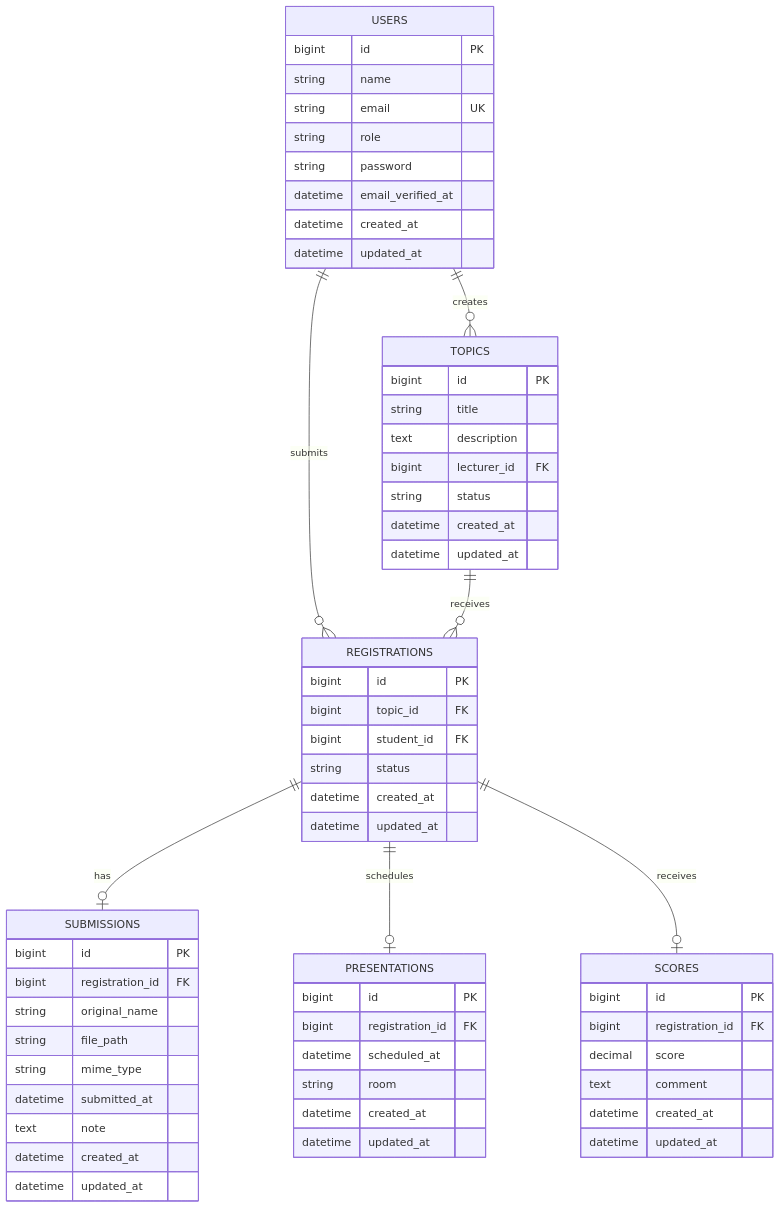
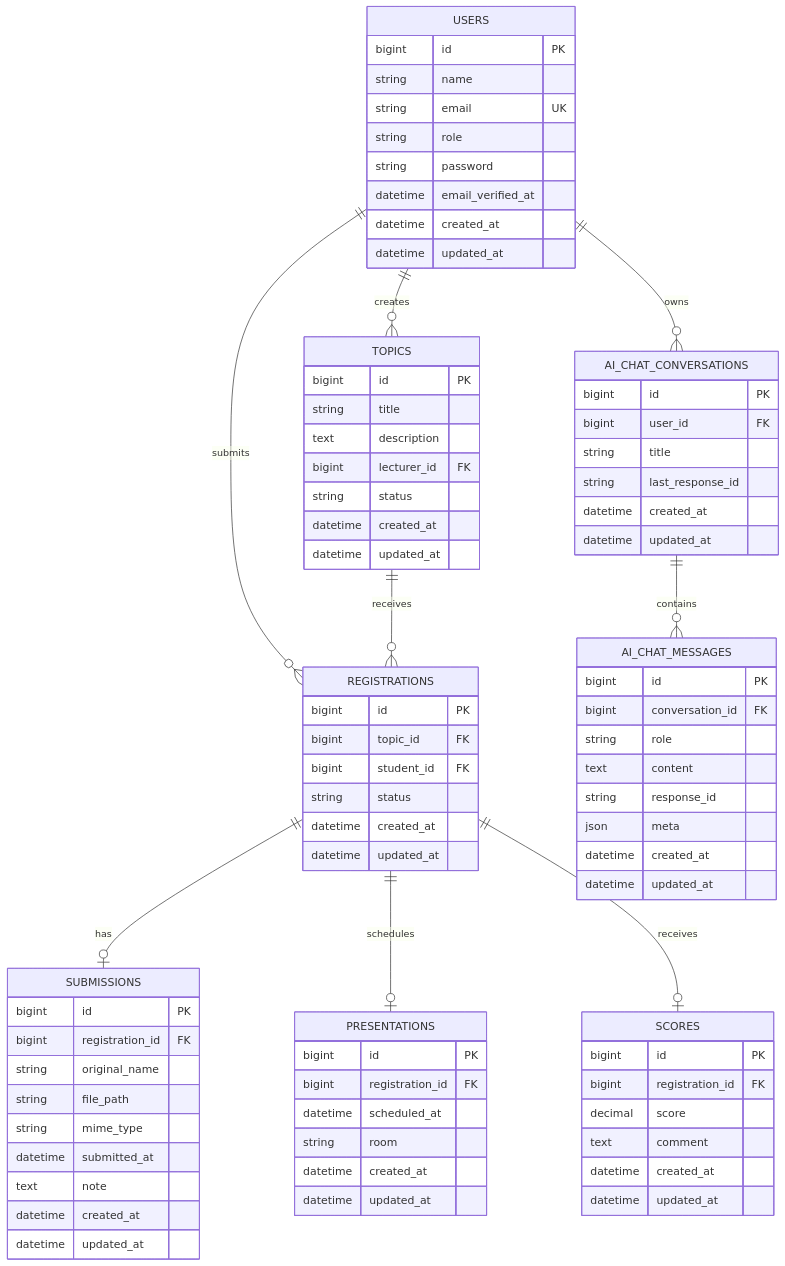
One commit to DYBInh2k5/Seminar-Manager_Seminar_Web_SDFramework changed the diagram in DATABASE.md. Above: the diagram before and after it, drawn with Mermaid. The commit also changed other lines of this file and 23 other files, not shown here.

````diff
--- a/DATABASE.md
+++ b/DATABASE.md
@@ -197,10 +240,12 @@
 erDiagram
     USERS ||--o{ TOPICS : creates
     USERS ||--o{ REGISTRATIONS : submits
+    USERS ||--o{ AI_CHAT_CONVERSATIONS : owns
     TOPICS ||--o{ REGISTRATIONS : receives
     REGISTRATIONS ||--o| SUBMISSIONS : has
     REGISTRATIONS ||--o| PRESENTATIONS : schedules
     REGISTRATIONS ||--o| SCORES : receives
+    AI_CHAT_CONVERSATIONS ||--o{ AI_CHAT_MESSAGES : contains
 
     USERS {
         bigint id PK
@@ -261,4 +306,24 @@
         datetime created_at
         datetime updated_at
     }
+
+    AI_CHAT_CONVERSATIONS {
+        bigint id PK
+        bigint user_id FK
+        string title
+        string last_response_id
+        datetime created_at
+        datetime updated_at
+    }
+
+    AI_CHAT_MESSAGES {
+        bigint id PK
+        bigint conversation_id FK
+        string role
+        text content
+        string response_id
+        json meta
+        datetime created_at
+        datetime updated_at
+    }
 ```
````
